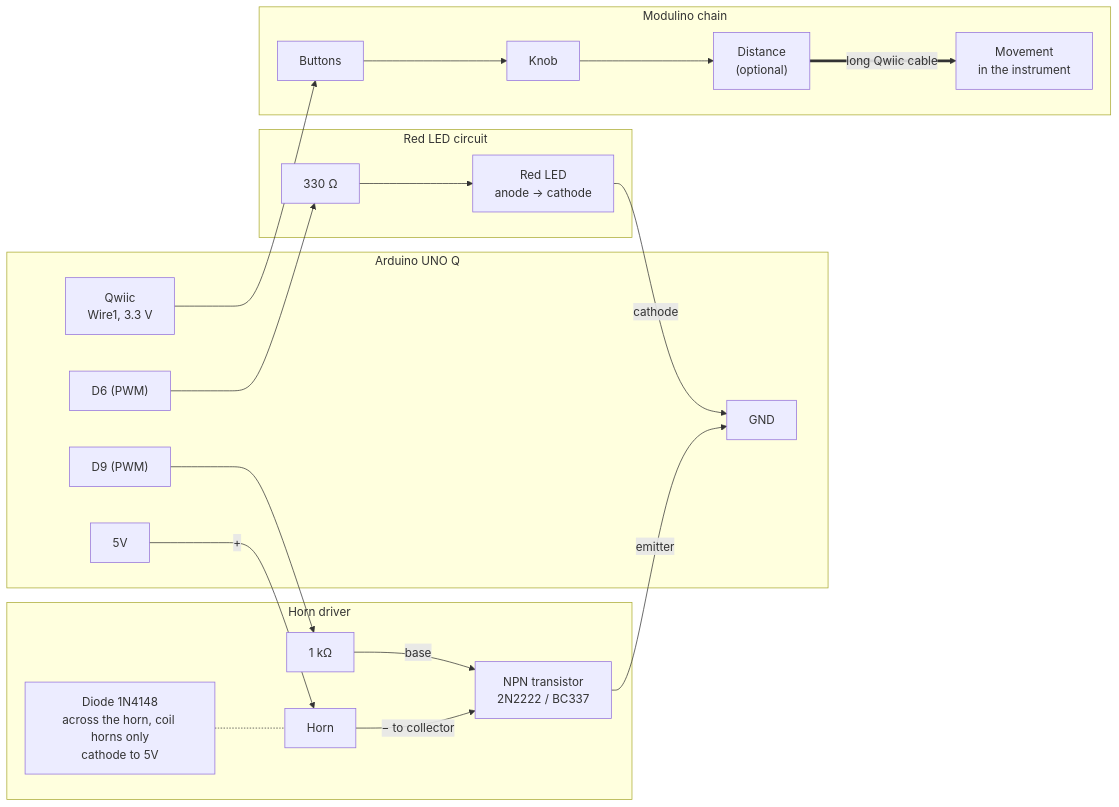
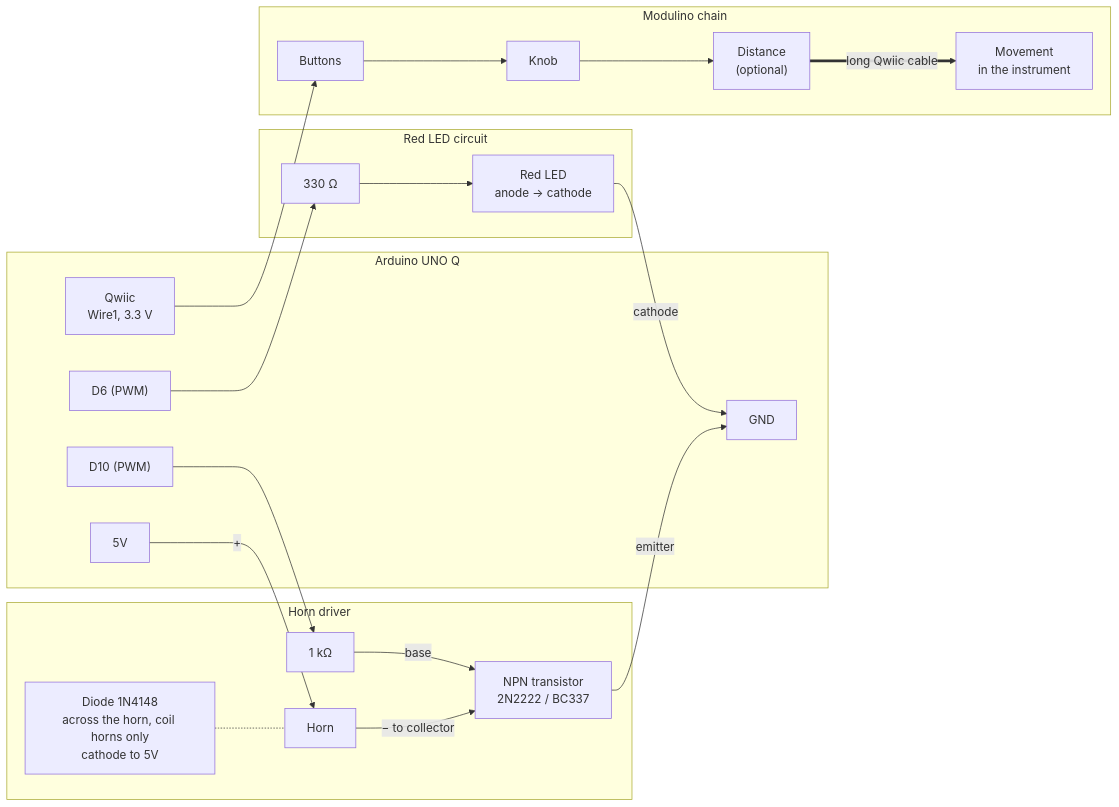
Before and after one commit to JustCodeX/steadyHands: the second of 2 diagrams in WIRING.md, drawn with Mermaid. The commit also changed other lines of this file and 2 other files, not shown here.

````diff
--- a/WIRING.md
+++ b/WIRING.md
@@ -62,34 +62,34 @@
 ```mermaid
 flowchart LR
   subgraph UNOQ["Arduino UNO Q"]
     QW["Qwiic<br/>Wire1, 3.3 V"]
     D6["D6 (PWM)"]
-    D9["D9 (PWM)"]
+    D10["D10 (PWM)"]
     V5["5V"]
     GND["GND"]
   end
   subgraph LEDC["Red LED circuit"]
     R1["330 Ω"]
     LED["Red LED<br/>anode → cathode"]
   end
   subgraph HORNC["Horn driver"]
     R2["1 kΩ"]
     Q1["NPN transistor<br/>2N2222 / BC337"]
     HORN["Horn"]
     DIO["Diode 1N4148<br/>across the horn, coil horns only<br/>cathode to 5V"]
   end
   subgraph CHAIN["Modulino chain"]
     MB["Buttons"]
     MK["Knob"]
     MD["Distance<br/>(optional)"]
     MM["Movement<br/>in the instrument"]
   end
   D6 --> R1 --> LED -- "cathode" --> GND
-  D9 --> R2 -- "base" --> Q1
+  D10 --> R2 -- "base" --> Q1
   V5 -- "+" --> HORN
   HORN -- "− to collector" --> Q1
   Q1 -- "emitter" --> GND
   DIO -.- HORN
   QW --> MB --> MK --> MD
   MD == "long Qwiic cable" ==> MM
 ```
````
